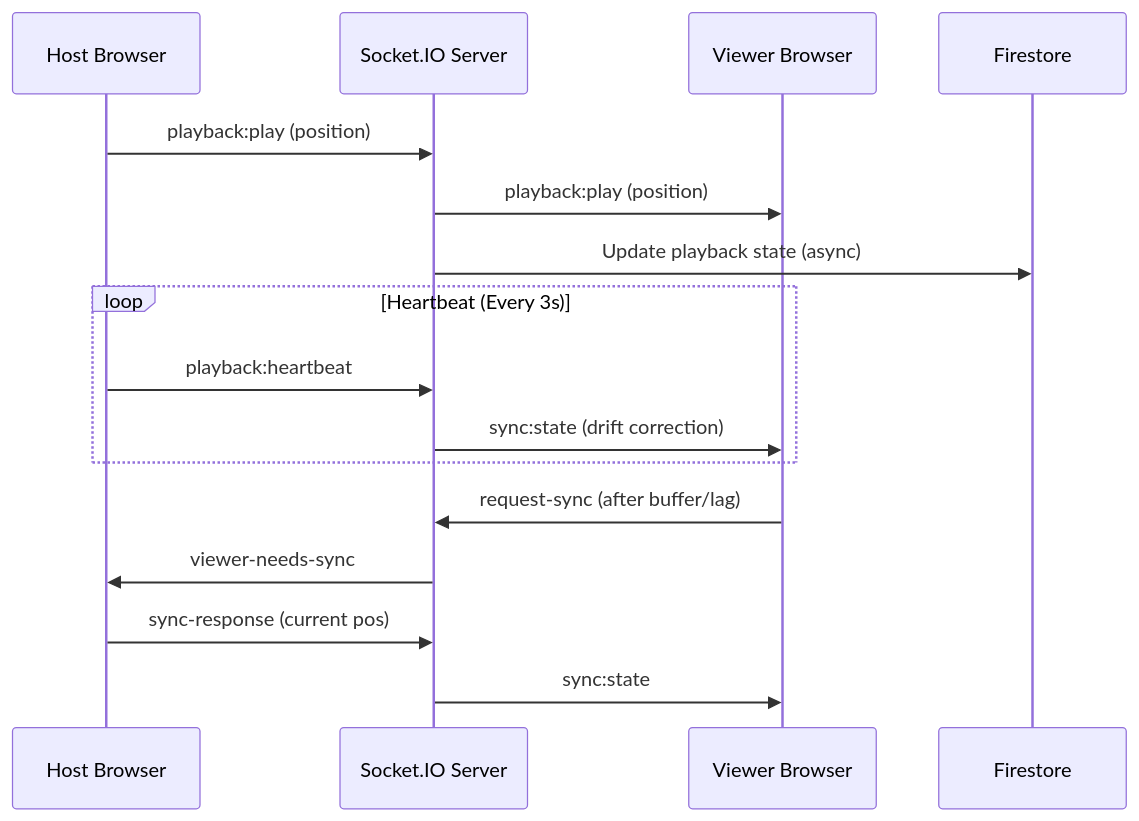
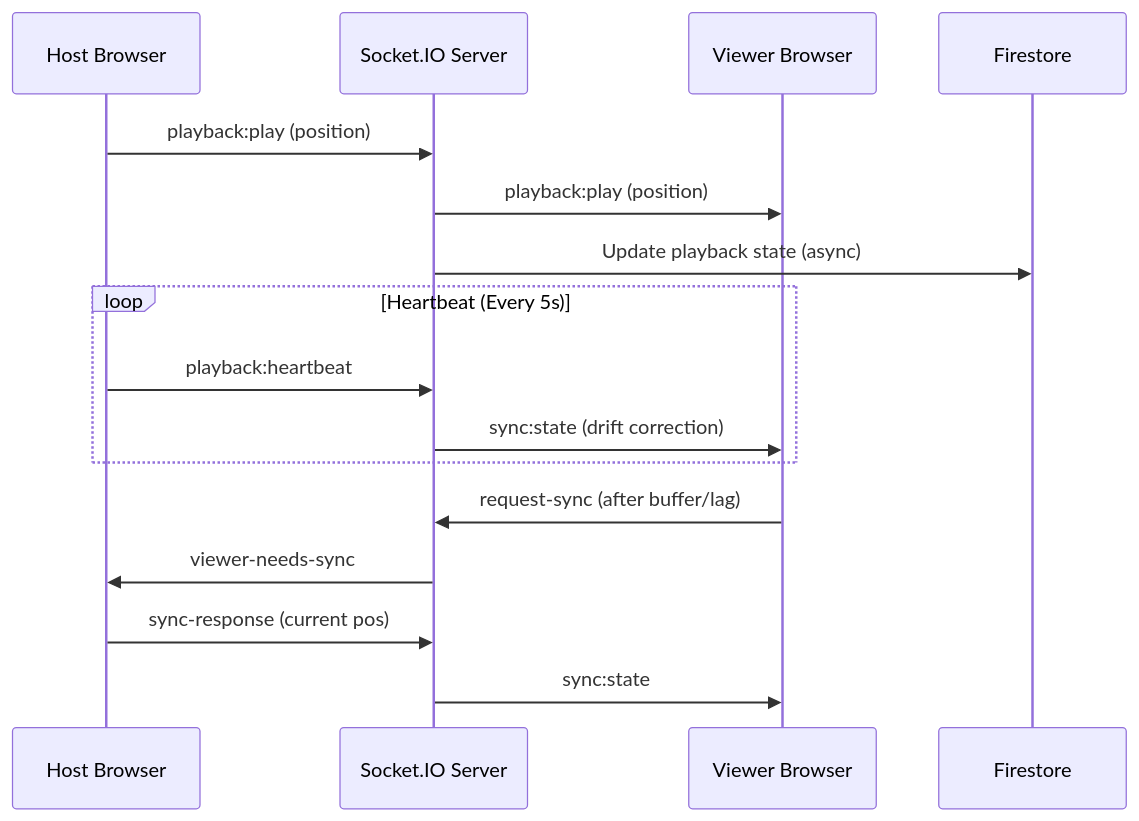
Before and after one commit to kiiro-tenshi/umami-watch: the second of 2 diagrams in README.md, drawn with Mermaid. The commit also changed other lines of this file, not shown here.

````diff
--- a/README.md
+++ b/README.md
@@ -51,21 +48,21 @@
 ```mermaid
 sequenceDiagram
     participant H as Host Browser
     participant S as Socket.IO Server
     participant V as Viewer Browser
     participant F as Firestore
 
     H->>S: playback:play (position)
     S->>V: playback:play (position)
     S->>F: Update playback state (async)
 
-    loop Heartbeat (Every 3s)
+    loop Heartbeat (Every 5s)
         H->>S: playback:heartbeat
         S->>V: sync:state (drift correction)
     end
 
     V->>S: request-sync (after buffer/lag)
     S->>H: viewer-needs-sync
     H->>S: sync-response (current pos)
     S->>V: sync:state
 ```
````
